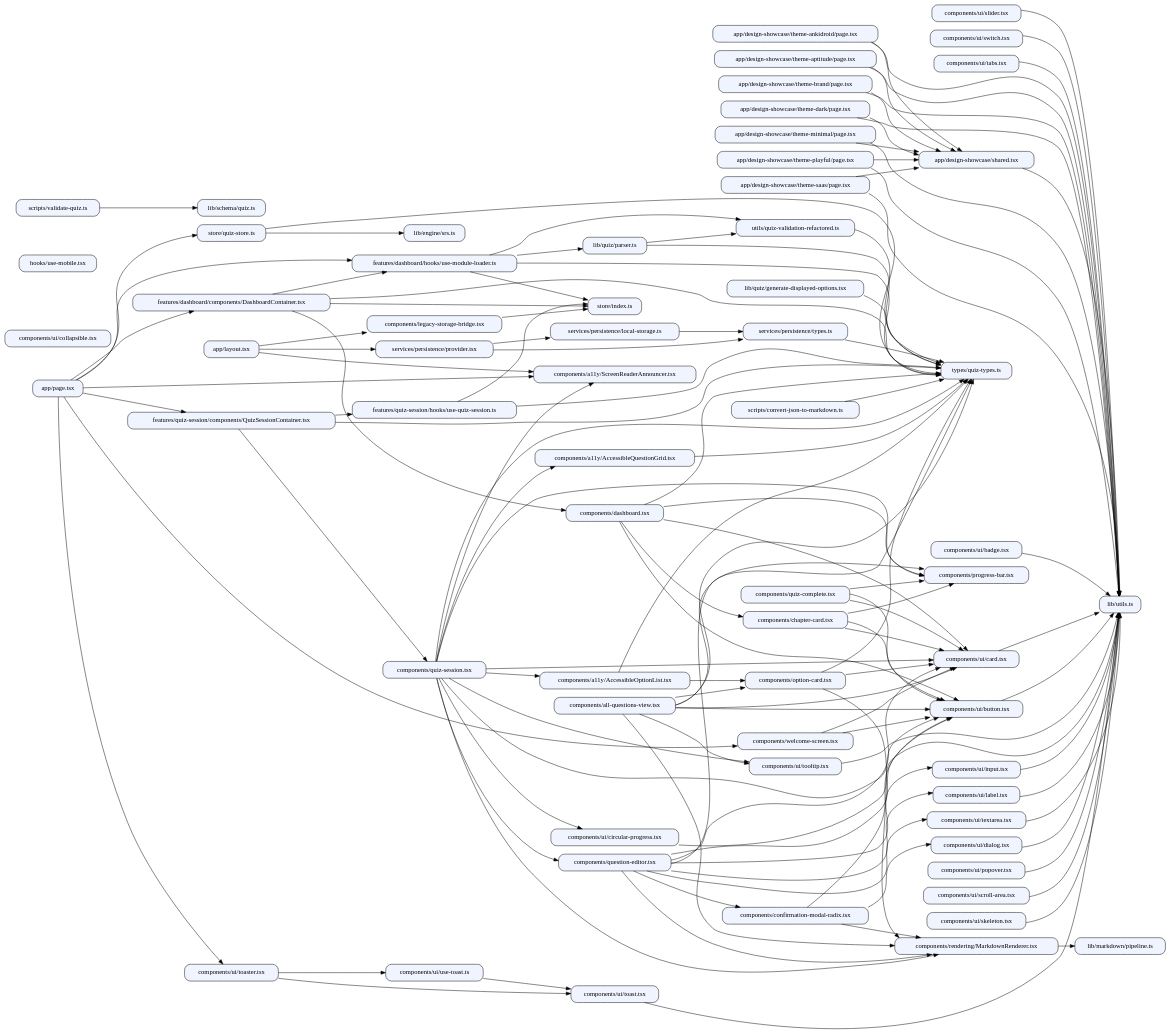
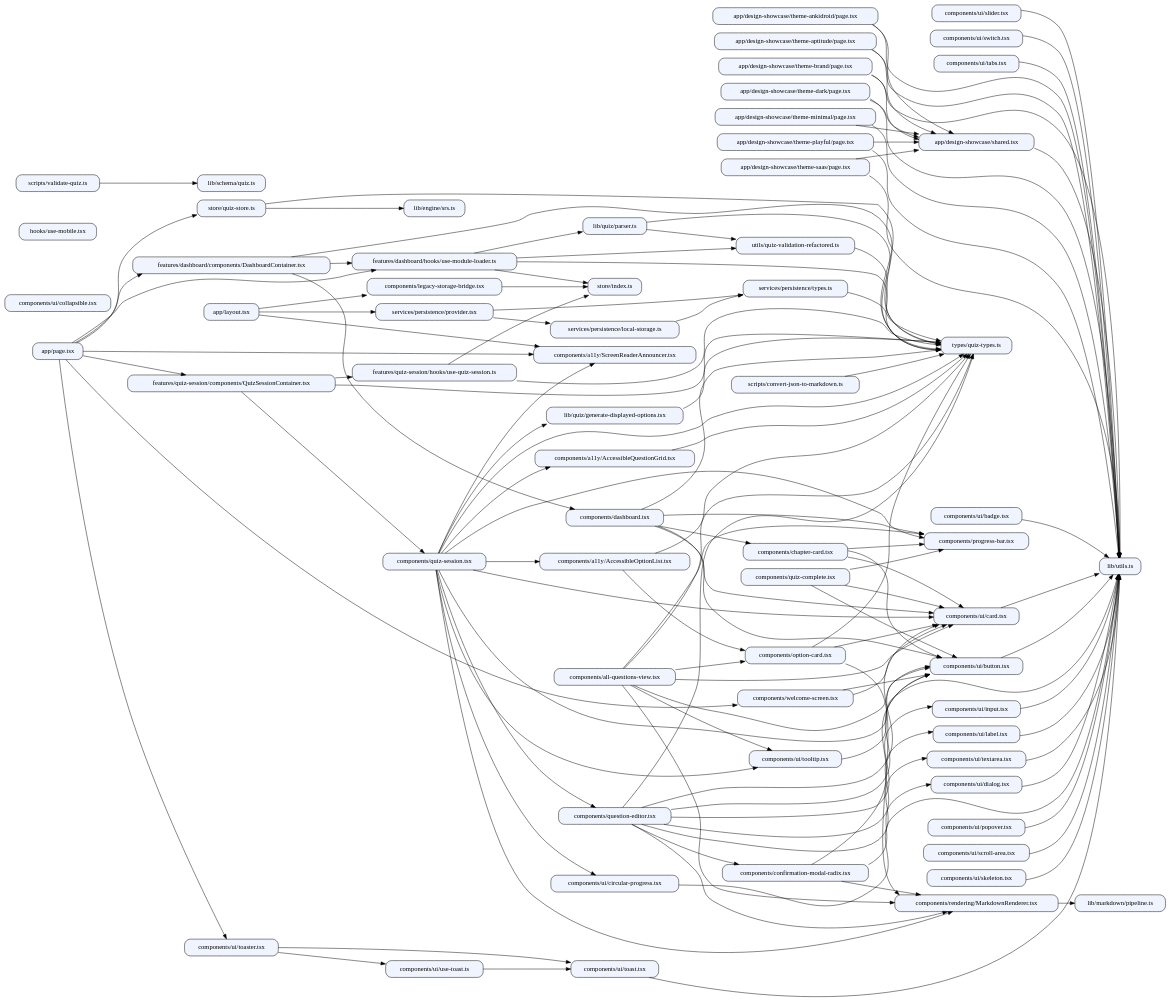
The diagram in docs/codebase-graph.dot (silmoon04/quiz-srs), drawn with Graphviz before and after one commit. The commit also changed 32 other files, not shown here.

```diff
--- a/docs/codebase-graph.dot
+++ b/docs/codebase-graph.dot
@@ -65,16 +65,16 @@
   store_quiz_store_ts [label="store/quiz-store.ts"];
   types_quiz_types_ts [label="types/quiz-types.ts"];
   utils_quiz_validation_refactored_ts [label="utils/quiz-validation-refactored.ts"];
+  app_layout_tsx -> components_a11y_ScreenReaderAnnouncer_tsx;
   app_layout_tsx -> components_legacy_storage_bridge_tsx;
-  app_layout_tsx -> components_a11y_ScreenReaderAnnouncer_tsx;
   app_layout_tsx -> services_persistence_provider_tsx;
+  app_page_tsx -> components_welcome_screen_tsx;
+  app_page_tsx -> components_a11y_ScreenReaderAnnouncer_tsx;
+  app_page_tsx -> components_ui_toaster_tsx;
   app_page_tsx -> features_quiz_session_components_QuizSessionContainer_tsx;
-  app_page_tsx -> components_ui_toaster_tsx;
   app_page_tsx -> features_dashboard_components_DashboardContainer_tsx;
   app_page_tsx -> store_quiz_store_ts;
   app_page_tsx -> features_dashboard_hooks_use_module_loader_ts;
-  app_page_tsx -> components_welcome_screen_tsx;
-  app_page_tsx -> components_a11y_ScreenReaderAnnouncer_tsx;
   app_design_showcase_shared_tsx -> lib_utils_ts;
   app_design_showcase_theme_ankidroid_page_tsx -> app_design_showcase_shared_tsx;
   app_design_showcase_theme_ankidroid_page_tsx -> lib_utils_ts;
@@ -90,54 +90,55 @@
   app_design_showcase_theme_playful_page_tsx -> lib_utils_ts;
   app_design_showcase_theme_saas_page_tsx -> app_design_showcase_shared_tsx;
   app_design_showcase_theme_saas_page_tsx -> lib_utils_ts;
+  components_all_questions_view_tsx -> components_ui_card_tsx;
+  components_all_questions_view_tsx -> components_rendering_MarkdownRenderer_tsx;
+  components_all_questions_view_tsx -> types_quiz_types_ts;
+  components_all_questions_view_tsx -> components_ui_button_tsx;
+  components_all_questions_view_tsx -> components_progress_bar_tsx;
   components_all_questions_view_tsx -> components_option_card_tsx;
   components_all_questions_view_tsx -> components_ui_tooltip_tsx;
-  components_all_questions_view_tsx -> components_ui_card_tsx;
-  components_all_questions_view_tsx -> types_quiz_types_ts;
-  components_all_questions_view_tsx -> components_ui_button_tsx;
-  components_all_questions_view_tsx -> components_rendering_MarkdownRenderer_tsx;
-  components_all_questions_view_tsx -> components_progress_bar_tsx;
+  components_chapter_card_tsx -> components_ui_card_tsx;
   components_chapter_card_tsx -> components_ui_button_tsx;
-  components_chapter_card_tsx -> components_ui_card_tsx;
   components_chapter_card_tsx -> components_progress_bar_tsx;
-  components_confirmation_modal_radix_tsx -> components_ui_button_tsx;
   components_confirmation_modal_radix_tsx -> components_rendering_MarkdownRenderer_tsx;
   components_confirmation_modal_radix_tsx -> components_ui_dialog_tsx;
+  components_confirmation_modal_radix_tsx -> components_ui_button_tsx;
   components_dashboard_tsx -> components_ui_card_tsx;
+  components_dashboard_tsx -> types_quiz_types_ts;
   components_dashboard_tsx -> components_chapter_card_tsx;
-  components_dashboard_tsx -> types_quiz_types_ts;
   components_dashboard_tsx -> components_ui_button_tsx;
   components_dashboard_tsx -> components_progress_bar_tsx;
   components_legacy_storage_bridge_tsx -> store_index_ts;
+  components_option_card_tsx -> types_quiz_types_ts;
+  components_option_card_tsx -> components_rendering_MarkdownRenderer_tsx;
   components_option_card_tsx -> components_ui_card_tsx;
-  components_option_card_tsx -> components_rendering_MarkdownRenderer_tsx;
-  components_option_card_tsx -> types_quiz_types_ts;
   components_question_editor_tsx -> components_ui_label_tsx;
+  components_question_editor_tsx -> components_ui_card_tsx;
+  components_question_editor_tsx -> components_confirmation_modal_radix_tsx;
   components_question_editor_tsx -> components_ui_textarea_tsx;
-  components_question_editor_tsx -> components_ui_card_tsx;
+  components_question_editor_tsx -> components_rendering_MarkdownRenderer_tsx;
   components_question_editor_tsx -> types_quiz_types_ts;
+  components_question_editor_tsx -> components_ui_input_tsx;
   components_question_editor_tsx -> components_ui_button_tsx;
-  components_question_editor_tsx -> components_rendering_MarkdownRenderer_tsx;
-  components_question_editor_tsx -> components_ui_input_tsx;
-  components_question_editor_tsx -> components_confirmation_modal_radix_tsx;
+  components_quiz_complete_tsx -> components_ui_card_tsx;
   components_quiz_complete_tsx -> components_ui_button_tsx;
-  components_quiz_complete_tsx -> components_ui_card_tsx;
   components_quiz_complete_tsx -> components_progress_bar_tsx;
+  components_quiz_session_tsx -> components_ui_card_tsx;
+  components_quiz_session_tsx -> components_a11y_ScreenReaderAnnouncer_tsx;
   components_quiz_session_tsx -> components_question_editor_tsx;
-  components_quiz_session_tsx -> components_ui_tooltip_tsx;
-  components_quiz_session_tsx -> components_ui_card_tsx;
-  components_quiz_session_tsx -> types_quiz_types_ts;
-  components_quiz_session_tsx -> components_ui_button_tsx;
+  components_quiz_session_tsx -> lib_quiz_generate_displayed_options_tsx;
+  components_quiz_session_tsx -> components_rendering_MarkdownRenderer_tsx;
+  components_quiz_session_tsx -> components_ui_circular_progress_tsx;
   components_quiz_session_tsx -> components_a11y_AccessibleQuestionGrid_tsx;
   components_quiz_session_tsx -> components_a11y_AccessibleOptionList_tsx;
-  components_quiz_session_tsx -> components_rendering_MarkdownRenderer_tsx;
-  components_quiz_session_tsx -> components_a11y_ScreenReaderAnnouncer_tsx;
+  components_quiz_session_tsx -> types_quiz_types_ts;
   components_quiz_session_tsx -> components_progress_bar_tsx;
-  components_quiz_session_tsx -> components_ui_circular_progress_tsx;
+  components_quiz_session_tsx -> components_ui_button_tsx;
+  components_quiz_session_tsx -> components_ui_tooltip_tsx;
+  components_welcome_screen_tsx -> components_ui_card_tsx;
   components_welcome_screen_tsx -> components_ui_button_tsx;
-  components_welcome_screen_tsx -> components_ui_card_tsx;
+  components_a11y_AccessibleOptionList_tsx -> types_quiz_types_ts;
   components_a11y_AccessibleOptionList_tsx -> components_option_card_tsx;
-  components_a11y_AccessibleOptionList_tsx -> types_quiz_types_ts;
   components_a11y_AccessibleQuestionGrid_tsx -> types_quiz_types_ts;
   components_rendering_MarkdownRenderer_tsx -> lib_markdown_pipeline_ts;
   components_ui_badge_tsx -> lib_utils_ts;
@@ -155,26 +156,25 @@
   components_ui_tabs_tsx -> lib_utils_ts;
   components_ui_textarea_tsx -> lib_utils_ts;
   components_ui_toast_tsx -> lib_utils_ts;
+  components_ui_toaster_tsx -> components_ui_use_toast_ts;
   components_ui_toaster_tsx -> components_ui_toast_tsx;
-  components_ui_toaster_tsx -> components_ui_use_toast_ts;
   components_ui_tooltip_tsx -> lib_utils_ts;
   components_ui_use_toast_ts -> components_ui_toast_tsx;
+  features_dashboard_components_DashboardContainer_tsx -> types_quiz_types_ts;
   features_dashboard_components_DashboardContainer_tsx -> components_dashboard_tsx;
-  features_dashboard_components_DashboardContainer_tsx -> store_index_ts;
-  features_dashboard_components_DashboardContainer_tsx -> types_quiz_types_ts;
   features_dashboard_components_DashboardContainer_tsx -> features_dashboard_hooks_use_module_loader_ts;
+  features_dashboard_hooks_use_module_loader_ts -> lib_quiz_parser_ts;
+  features_dashboard_hooks_use_module_loader_ts -> types_quiz_types_ts;
+  features_dashboard_hooks_use_module_loader_ts -> store_index_ts;
   features_dashboard_hooks_use_module_loader_ts -> utils_quiz_validation_refactored_ts;
-  features_dashboard_hooks_use_module_loader_ts -> lib_quiz_parser_ts;
-  features_dashboard_hooks_use_module_loader_ts -> store_index_ts;
-  features_dashboard_hooks_use_module_loader_ts -> types_quiz_types_ts;
   features_quiz_session_components_QuizSessionContainer_tsx -> components_quiz_session_tsx;
+  features_quiz_session_components_QuizSessionContainer_tsx -> features_quiz_session_hooks_use_quiz_session_ts;
   features_quiz_session_components_QuizSessionContainer_tsx -> types_quiz_types_ts;
-  features_quiz_session_components_QuizSessionContainer_tsx -> features_quiz_session_hooks_use_quiz_session_ts;
   features_quiz_session_hooks_use_quiz_session_ts -> types_quiz_types_ts;
   features_quiz_session_hooks_use_quiz_session_ts -> store_index_ts;
   lib_quiz_generate_displayed_options_tsx -> types_quiz_types_ts;
+  lib_quiz_parser_ts -> types_quiz_types_ts;
   lib_quiz_parser_ts -> utils_quiz_validation_refactored_ts;
-  lib_quiz_parser_ts -> types_quiz_types_ts;
   scripts_convert_json_to_markdown_ts -> types_quiz_types_ts;
   scripts_validate_quiz_ts -> lib_schema_quiz_ts;
   services_persistence_local_storage_ts -> services_persistence_types_ts;
```
